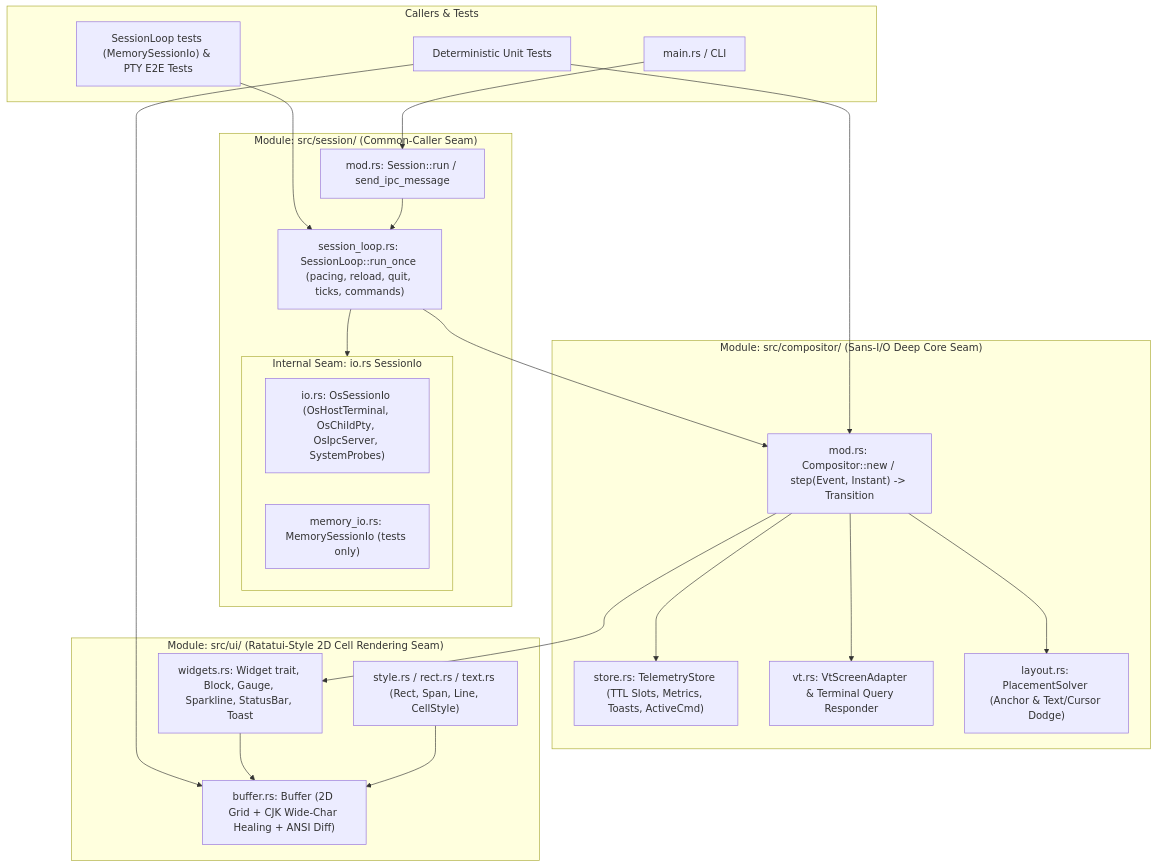
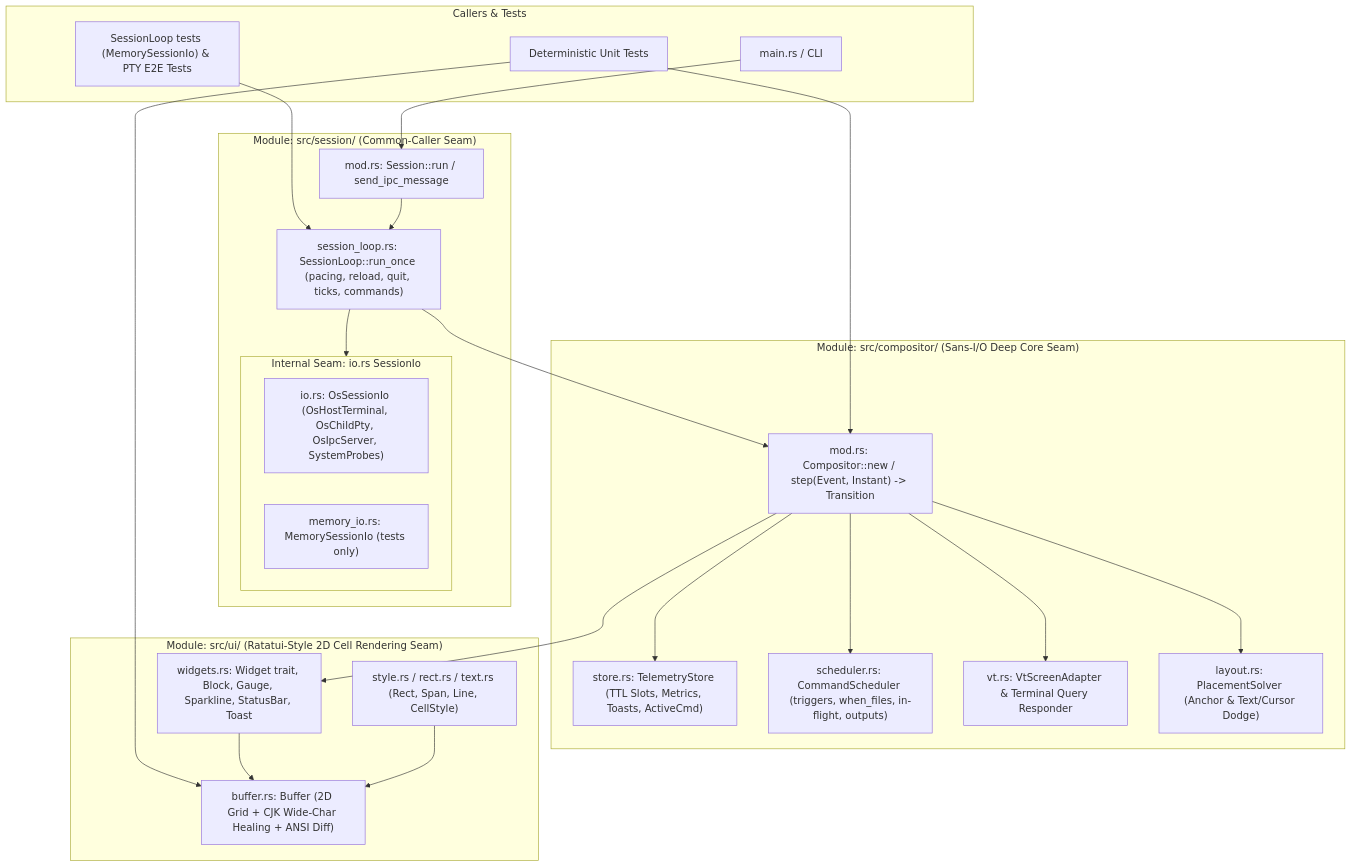
The diagram in docs/architecture/compositor-module.md (yamadayuki/thud), drawn with Mermaid before and after one commit. The commit also changed other lines of this file and 11 other files, not shown here.

First line of the commit message:
refactor(compositor): schedule commands in CommandScheduler with typed keys (ADR-005)

````diff
--- a/docs/architecture/compositor-module.md
+++ b/docs/architecture/compositor-module.md
@@ -14,44 +14,46 @@
 ```mermaid
 flowchart TB
     subgraph ExternalCallers["Callers & Tests"]
         CLI["main.rs / CLI"]
         UnitTest["Deterministic Unit Tests"]
         IntegTest["SessionLoop tests (MemorySessionIo) & PTY E2E Tests"]
     end
 
     subgraph SessionModule["Module: src/session/ (Common-Caller Seam)"]
         SessionRun["mod.rs: Session::run / send_ipc_message"]
         Loop["session_loop.rs: SessionLoop::run_once (pacing, reload, quit, ticks, commands)"]
         subgraph InternalSeam["Internal Seam: io.rs SessionIo"]
             OsIo["io.rs: OsSessionIo (OsHostTerminal, OsChildPty, OsIpcServer, SystemProbes)"]
             MemIo["memory_io.rs: MemorySessionIo (tests only)"]
         end
     end
 
     subgraph CompositorModule["Module: src/compositor/ (Sans-I/O Deep Core Seam)"]
         Step["mod.rs: Compositor::new / step(Event, Instant) -> Transition"]
         Store["store.rs: TelemetryStore (TTL Slots, Metrics, Toasts, ActiveCmd)"]
+        Sched["scheduler.rs: CommandScheduler (triggers, when_files, in-flight, outputs)"]
         VTE["vt.rs: VtScreenAdapter & Terminal Query Responder"]
         Layout["layout.rs: PlacementSolver (Anchor & Text/Cursor Dodge)"]
     end
 
     subgraph UiModule["Module: src/ui/ (Ratatui-Style 2D Cell Rendering Seam)"]
         Primitives["style.rs / rect.rs / text.rs (Rect, Span, Line, CellStyle)"]
         Surface["buffer.rs: Buffer (2D Grid + CJK Wide-Char Healing + ANSI Diff)"]
         Widgets["widgets.rs: Widget trait, Block, Gauge, Sparkline, StatusBar, Toast"]
     end
 
     CLI --> SessionRun
     IntegTest --> Loop
     UnitTest --> Step
     UnitTest --> Surface
     SessionRun --> Loop
     Loop --> InternalSeam
     Loop --> Step
     Step --> Store
+    Step --> Sched
     Step --> VTE
     Step --> Layout
     Step --> Widgets
     Widgets --> Surface
     Primitives --> Surface
 ```
````
